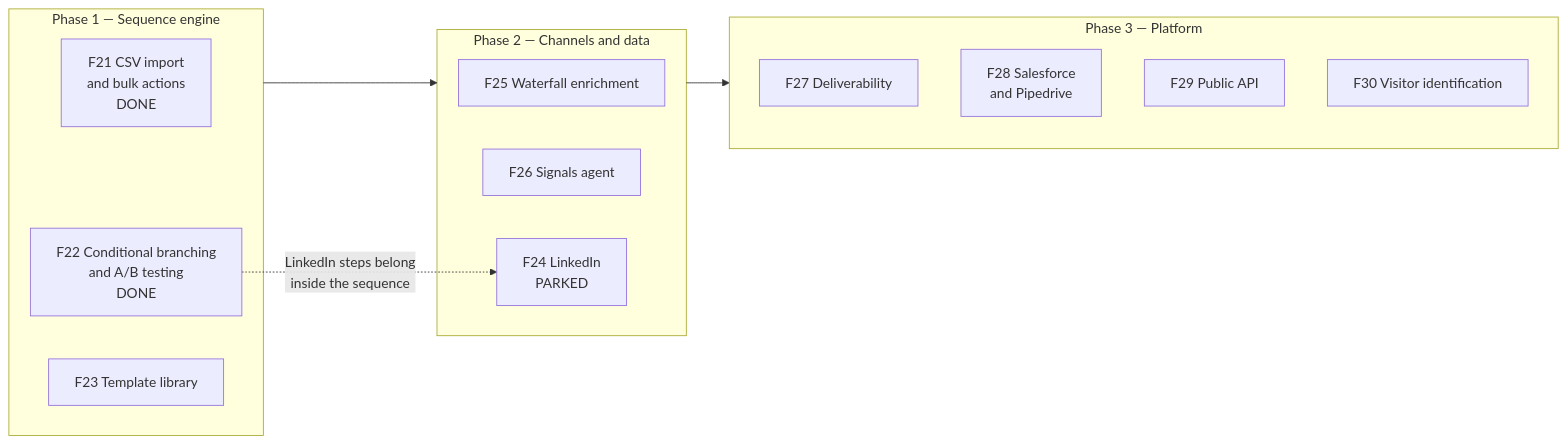
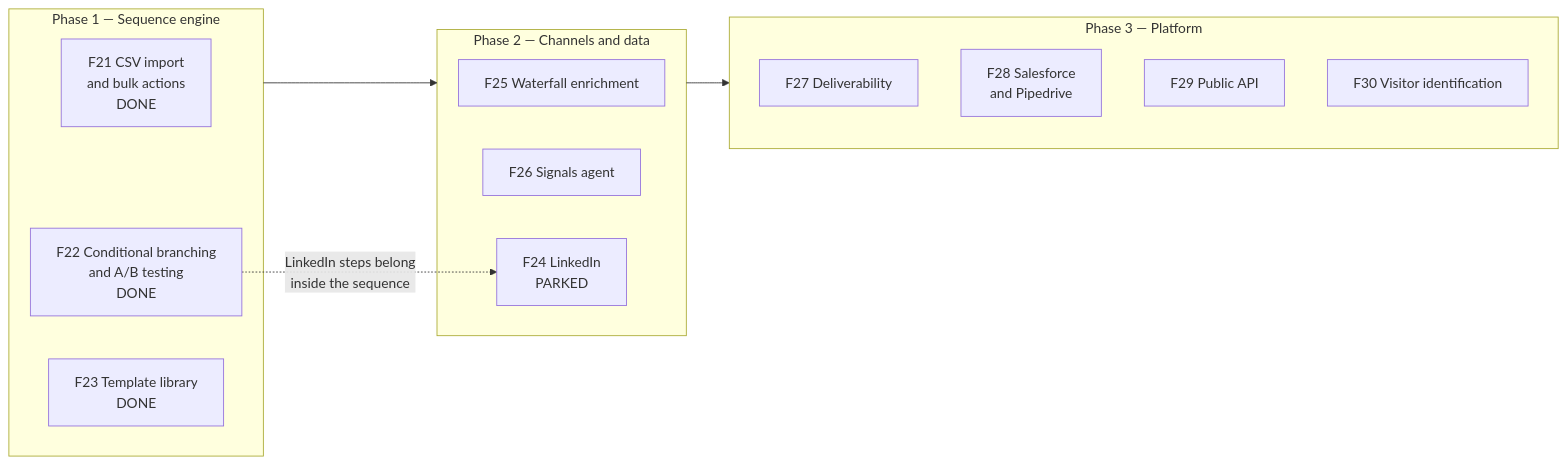
One commit to MHassan-AiExpert/AI-SDR-Autonomous-Sales-Platform changed the diagram in docs/ROADMAP.md. Above: the diagram before and after it, drawn with Mermaid. The commit also changed other lines of this file and 20 other files, not shown here.

First line of the commit message:
F23: shared template library, completing Phase 1

````diff
--- a/docs/ROADMAP.md
+++ b/docs/ROADMAP.md
@@ -13,21 +13,21 @@
 ```mermaid
 flowchart LR
   subgraph P1[Phase 1 — Sequence engine]
     F21[F21 CSV import<br/>and bulk actions<br/>DONE]
     F22[F22 Conditional branching<br/>and A/B testing<br/>DONE]
-    F23[F23 Template library]
+    F23[F23 Template library<br/>DONE]
   end
   subgraph P2[Phase 2 — Channels and data]
     F25[F25 Waterfall enrichment]
     F26[F26 Signals agent]
     F24[F24 LinkedIn<br/>PARKED]
   end
   subgraph P3[Phase 3 — Platform]
     F27[F27 Deliverability]
     F28[F28 Salesforce<br/>and Pipedrive]
     F29[F29 Public API]
     F30[F30 Visitor identification]
   end
   P1 --> P2 --> P3
   F22 -.->|LinkedIn steps belong<br/>inside the sequence| F24
 ```
````
